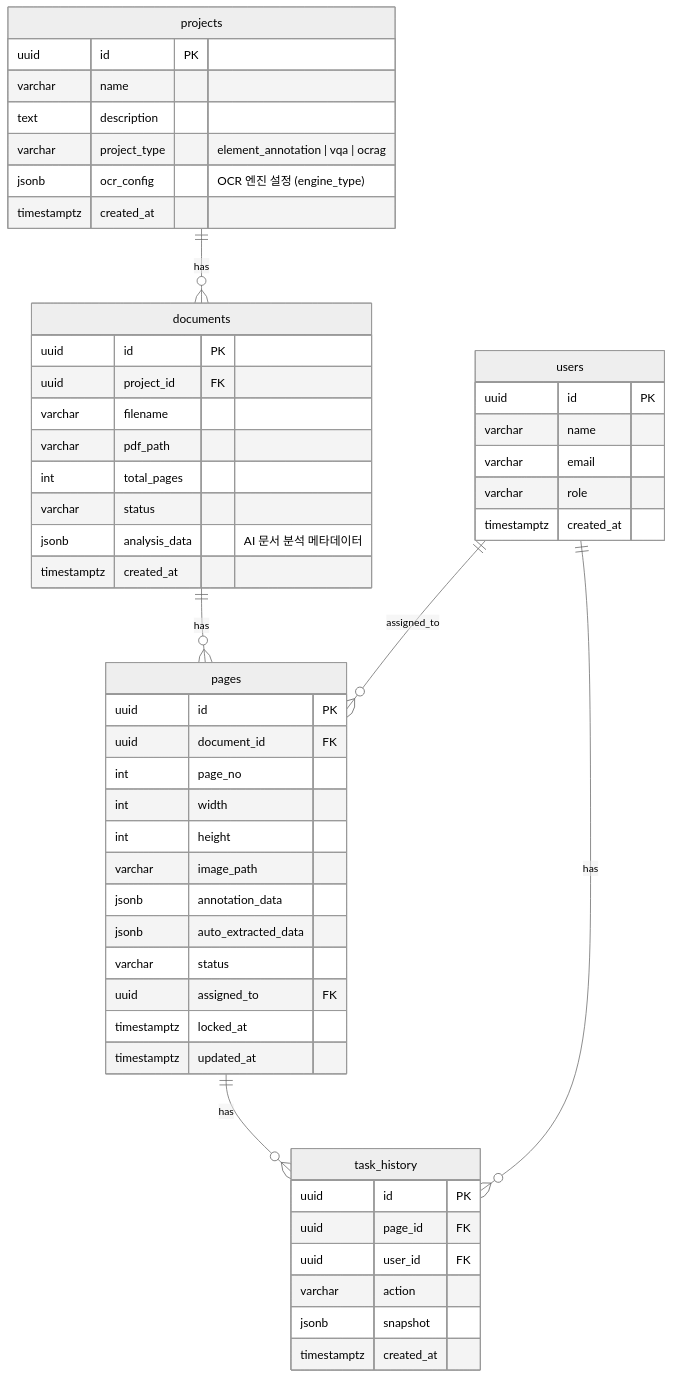
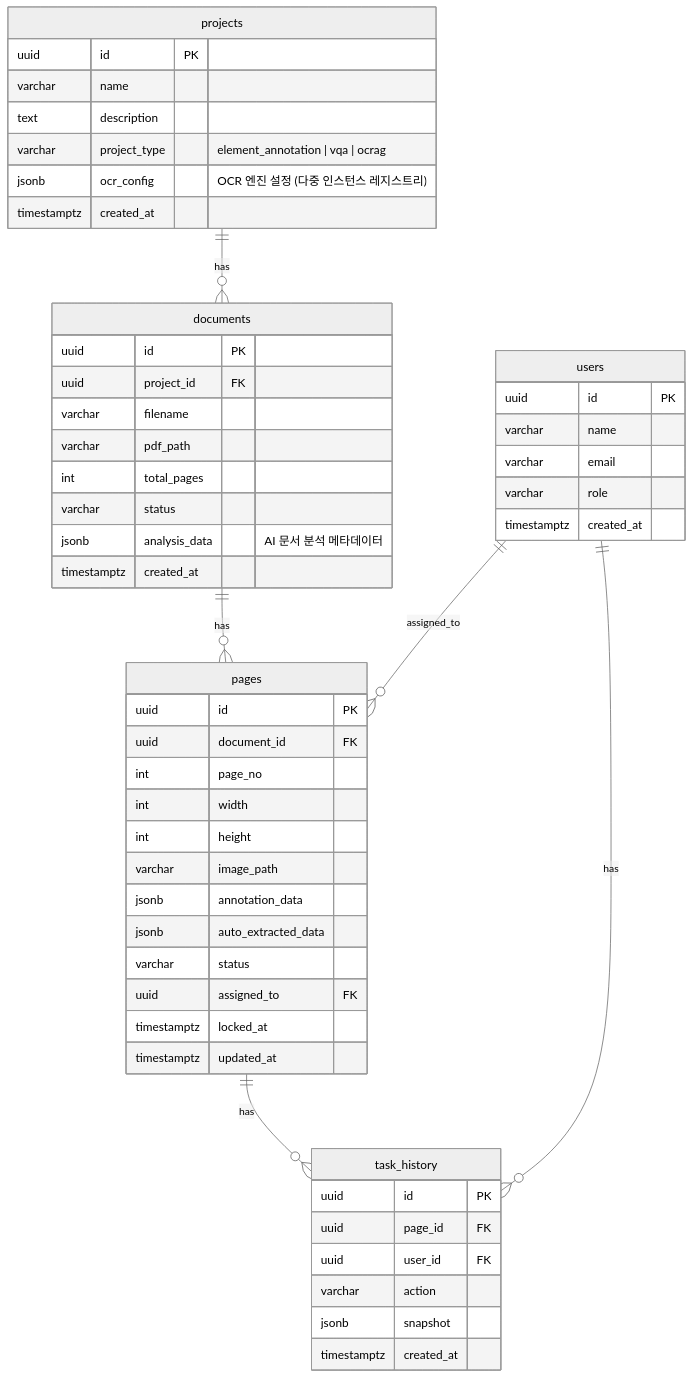
The diagram in docs/backend/architecture/database.md (appleparan/saegim), drawn with Mermaid (neutral theme) before and after one commit. The commit also changed other lines of this file and 12 other files, not shown here.

First line of the commit message:
docs: update documentation for multi-instance OCR engine architecture

````diff
--- a/docs/backend/architecture/database.md
+++ b/docs/backend/architecture/database.md
@@ -51,60 +51,60 @@
 ```mermaid
 erDiagram
     projects ||--o{ documents : has
     documents ||--o{ pages : has
     users ||--o{ pages : "assigned_to"
     pages ||--o{ task_history : has
     users ||--o{ task_history : has
 
     projects {
         uuid id PK
         varchar name
         text description
         varchar project_type "element_annotation | vqa | ocrag"
-        jsonb ocr_config "OCR 엔진 설정 (engine_type)"
+        jsonb ocr_config "OCR 엔진 설정 (다중 인스턴스 레지스트리)"
         timestamptz created_at
     }
 
     documents {
         uuid id PK
         uuid project_id FK
         varchar filename
         varchar pdf_path
         int total_pages
         varchar status
         jsonb analysis_data "AI 문서 분석 메타데이터"
         timestamptz created_at
     }
 
     pages {
         uuid id PK
         uuid document_id FK
         int page_no
         int width
         int height
         varchar image_path
         jsonb annotation_data
         jsonb auto_extracted_data
         varchar status
         uuid assigned_to FK
         timestamptz locked_at
         timestamptz updated_at
     }
 
     users {
         uuid id PK
         varchar name
         varchar email
         varchar role
         timestamptz created_at
     }
 
     task_history {
         uuid id PK
         uuid page_id FK
         uuid user_id FK
         varchar action
         jsonb snapshot
         timestamptz created_at
     }
 ```
````
